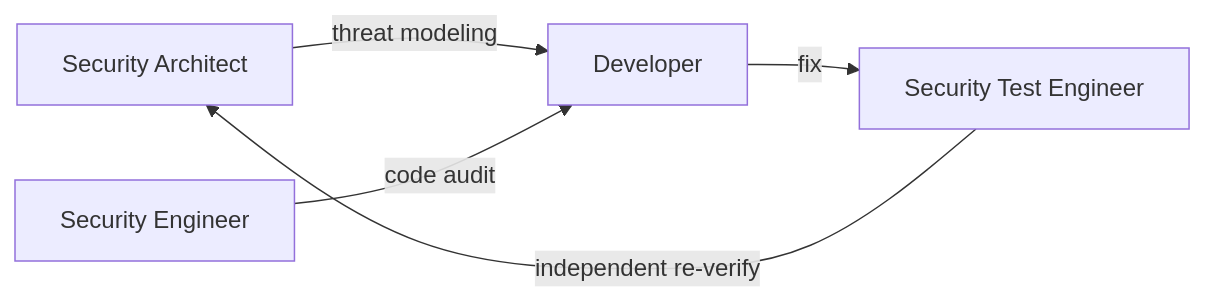
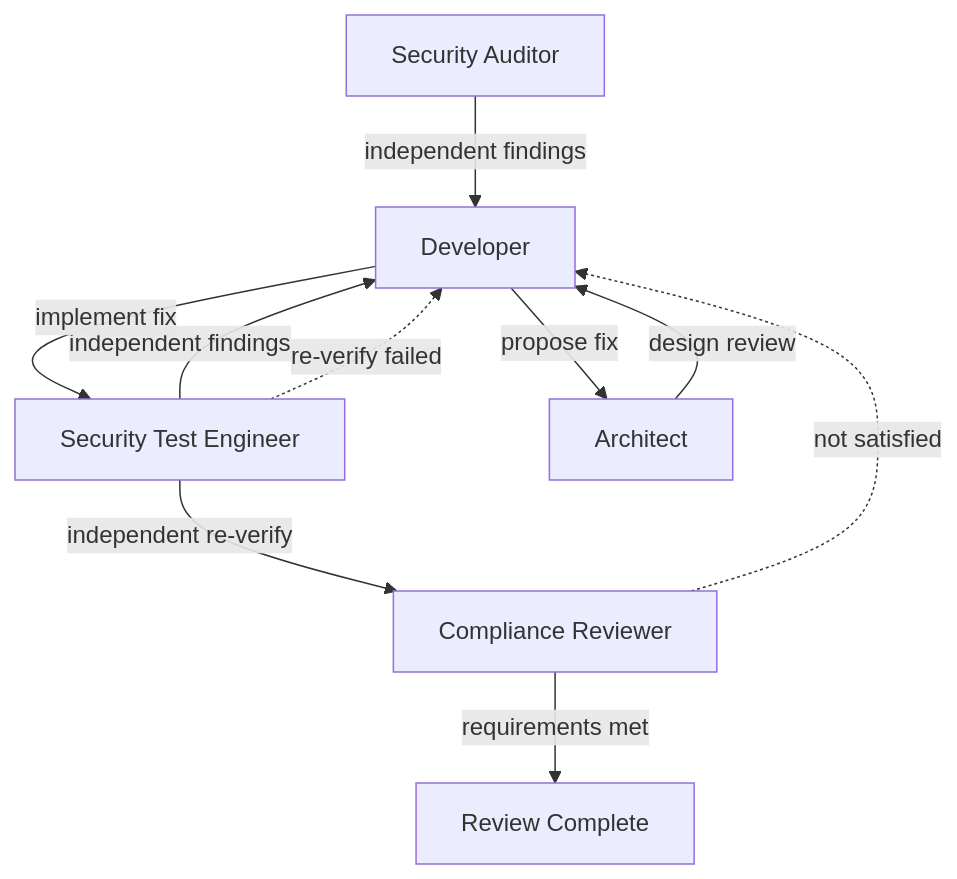
One commit to icylight/pi-tavern changed the fourth of 6 diagrams in README.en.md. Above: the diagram before and after it, drawn with Mermaid. The commit also changed other lines of this file and 4 other files, not shown here.

First line of the commit message:
docs(refactor): Phase 5 收口——ADR-0005 Accepted + 五层依赖图 + README 场景章节重写（#58） (#75)

````diff
--- a/README.en.md
+++ b/README.en.md
@@ -144,7 +165,12 @@
 ```mermaid
-flowchart LR
-    SA["Security Architect"] -->|"threat modeling"| DE["Developer"]
-    SE["Security Engineer"] -->|"code audit"| DE
-    DE -->|"fix"| ST["Security Test Engineer"]
-    ST -->|"independent re-verify"| SA
+flowchart TD
+    AU["Security Auditor"] -->|"independent findings"| DV["Developer"]
+    ST["Security Test Engineer"] -->|"independent findings"| DV
+    DV -->|"propose fix"| AR["Architect"]
+    AR -->|"design review"| DV
+    DV -->|"implement fix"| ST
+    ST -->|"independent re-verify"| CO["Compliance Reviewer"]
+    CO -->|"requirements met"| DONE["Review Complete"]
+    ST -.->|"re-verify failed"| DV
+    CO -.->|"not satisfied"| DV
 ```
````
